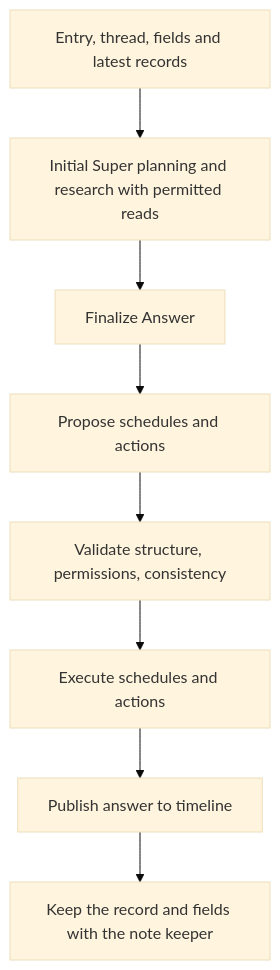
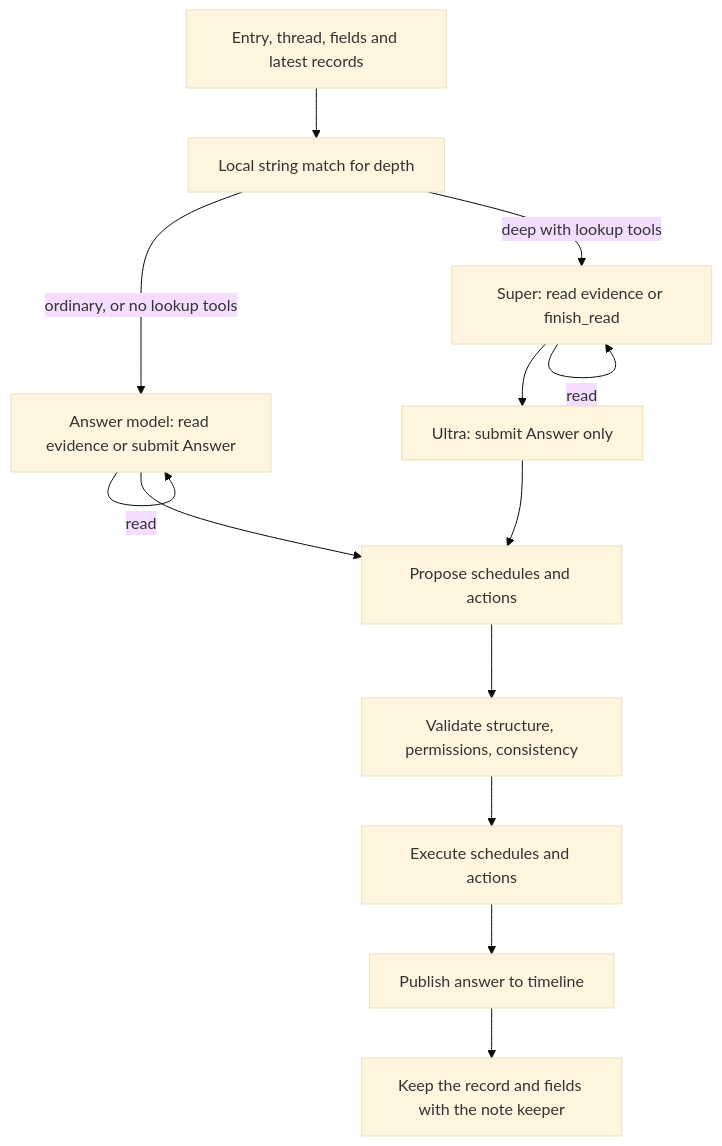
Before and after one commit to takeshy/kakeratta: the diagram in docs/system/personas.md, drawn with Mermaid (base theme). The commit also changed other lines of this file and 34 other files, not shown here.

First line of the commit message:
fix: route personas in parallel and fold reads into the answer

````diff
--- a/docs/system/personas.md
+++ b/docs/system/personas.md
@@ -140,10 +141,15 @@
 ```mermaid
 flowchart TD
-  Input[Entry, thread, fields and latest records] --> Read[Initial Super planning and research with permitted reads]
-  Read --> Answer[Finalize Answer]
+  Input[Entry, thread, fields and latest records] --> Depth[Local string match for depth]
+  Depth -->|ordinary, or no lookup tools| Answer[Answer model: read evidence or submit Answer]
+  Answer -->|read| Answer
+  Depth -->|deep with lookup tools| Read[Super: read evidence or finish_read]
+  Read -->|read| Read
+  Read --> Final[Ultra: submit Answer only]
+  Final --> Phases
   Answer --> Phases[Propose schedules and actions]
   Phases --> Review[Validate structure, permissions, consistency]
   Review --> Execute[Execute schedules and actions]
   Execute --> Publish[Publish answer to timeline]
   Publish --> Keeper[Keep the record and fields with the note keeper]
 ```
````
